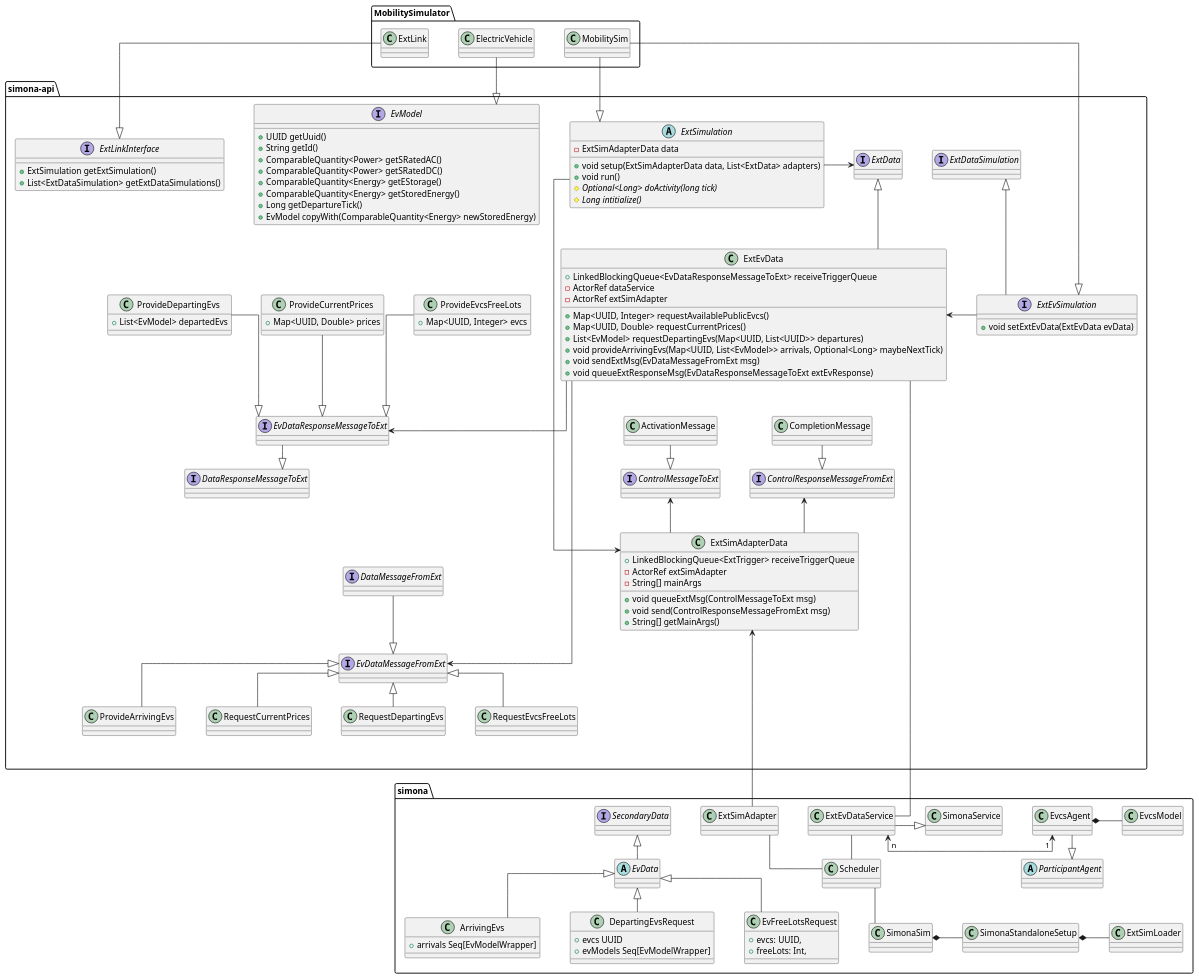
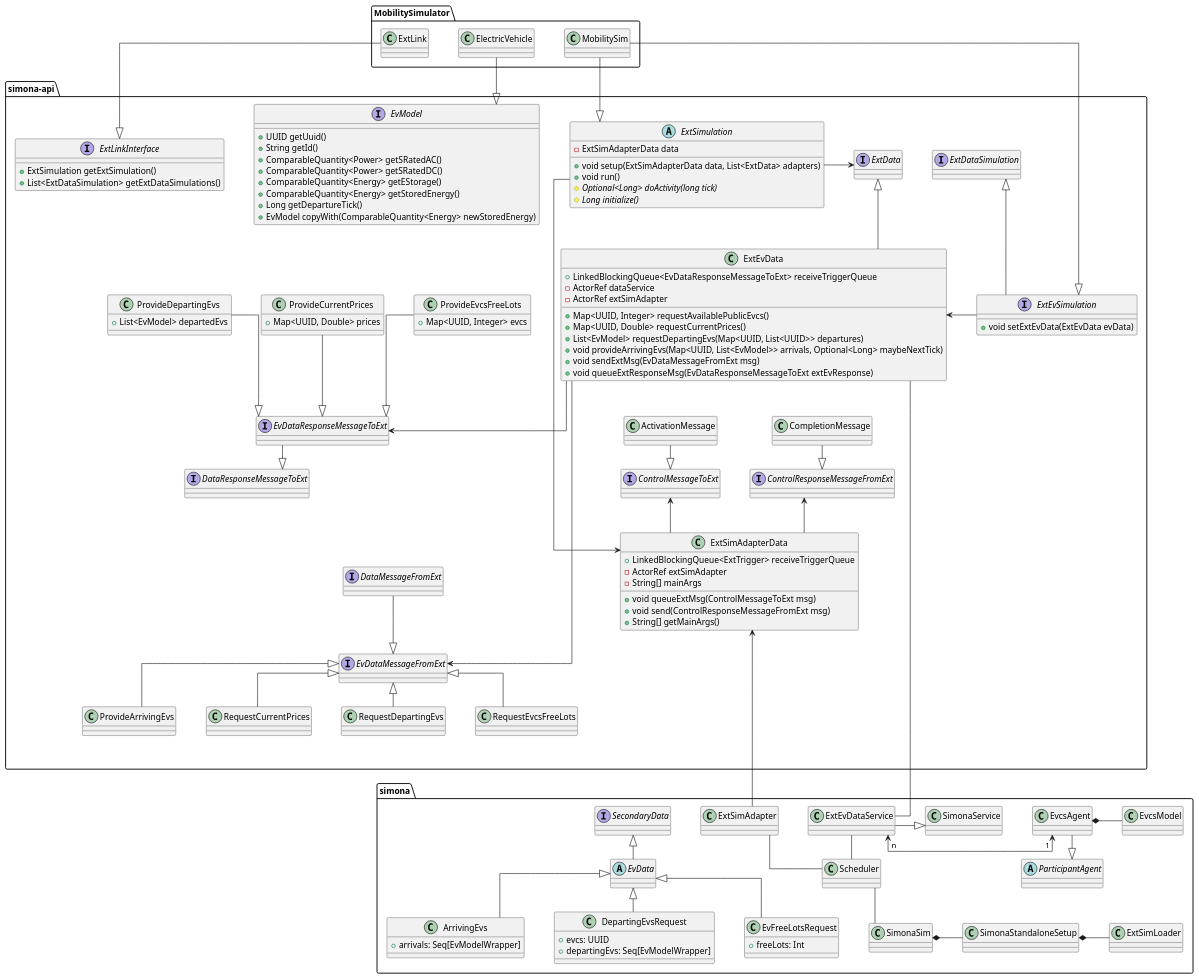
The diagram in docs/uml/main/ExtEvSimulationClasses.puml (ie3-institute/simona), drawn with PlantUML before and after one commit.

Commit message:
Some small fixes

```diff
--- a/docs/uml/main/ExtEvSimulationClasses.puml
+++ b/docs/uml/main/ExtEvSimulationClasses.puml
@@ -22,7 +22,7 @@
         + void setup(ExtSimAdapterData data, List<ExtData> adapters)
         + void run()
         # {abstract} Optional<Long> doActivity(long tick)
-        # {abstract} Long intitialize()
+        # {abstract} Long initialize()
     }
     ExtSimulation --r> ExtData
     MobilitySim -|> ExtSimulation
@@ -71,7 +71,7 @@
             + void queueExtResponseMsg(EvDataResponseMessageToExt extEvResponse)
     }
 
-    node sub2{
+    node sub2 {
         interface EvDataMessageFromExt
 
         interface DataMessageFromExt
@@ -95,20 +95,20 @@
     ExtEvData --u|> ExtData
     ExtEvSimulation -u> ExtEvData
 
-    node sub1{
+    node sub1 {
         interface DataResponseMessageToExt
 
         interface EvDataResponseMessageToExt
 
-        class ProvideCurrentPrices{
+        class ProvideCurrentPrices {
             + Map<UUID, Double> prices
         }
 
-        class ProvideDepartingEvs{
+        class ProvideDepartingEvs {
             + List<EvModel> departedEvs
         }
 
-        class ProvideEvcsFreeLots{
+        class ProvideEvcsFreeLots {
              + Map<UUID, Integer> evcs
         }
 
@@ -116,7 +116,7 @@
          ProvideDepartingEvs --|> EvDataResponseMessageToExt
          ProvideCurrentPrices --|> EvDataResponseMessageToExt
          ExtEvData --> EvDataResponseMessageToExt
-         EvDataResponseMessageToExt  --|> DataResponseMessageToExt
+         EvDataResponseMessageToExt --|> DataResponseMessageToExt
     }
 
     node sub3 {
@@ -155,18 +155,17 @@
 
     interface SecondaryData
 
-    class ArrivingEvs{
-        + arrivals Seq[EvModelWrapper]
+    class ArrivingEvs {
+        + arrivals: Seq[EvModelWrapper]
     }
 
-    class DepartingEvsRequest{
-        + evcs UUID
-        + evModels Seq[EvModelWrapper]
+    class DepartingEvsRequest {
+        + evcs: UUID
+        + departingEvs: Seq[EvModelWrapper]
     }
 
-    class EvFreeLotsRequest{
-        + evcs: UUID,
-        + freeLots: Int,
+    class EvFreeLotsRequest {
+        + freeLots: Int
     }
 
     abstract EvData
```
